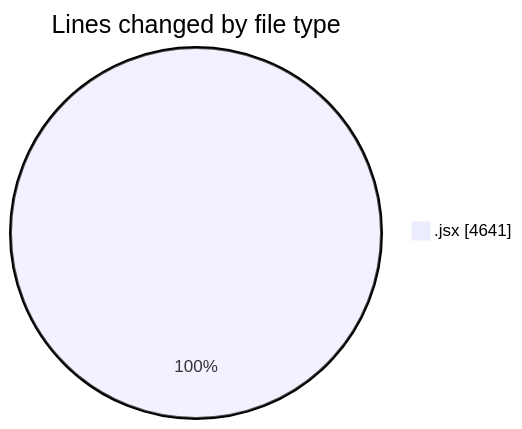
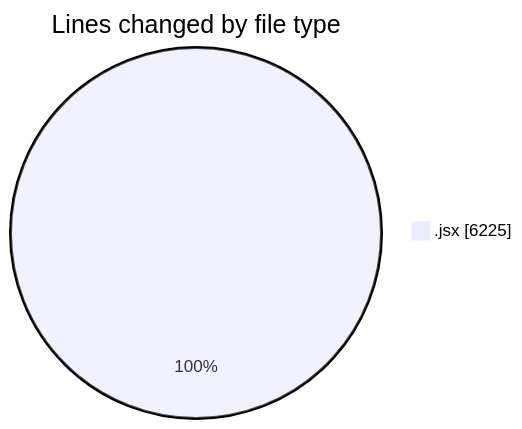
Before and after one commit to nxtqubesakshisongat/code-tracking: the first of 2 diagrams in 2025-05-27/nxtqube_webapp/README.md, drawn with Mermaid. The commit also changed other lines of this file and 1 other file, not shown here.

````diff
--- a/2025-05-27/nxtqube_webapp/README.md
+++ b/2025-05-27/nxtqube_webapp/README.md
@@ -23,5 +23,5 @@
 ```mermaid
 pie showData
 title Lines changed by file type
-".jsx" : 4641
+".jsx" : 6225
 ```
````
